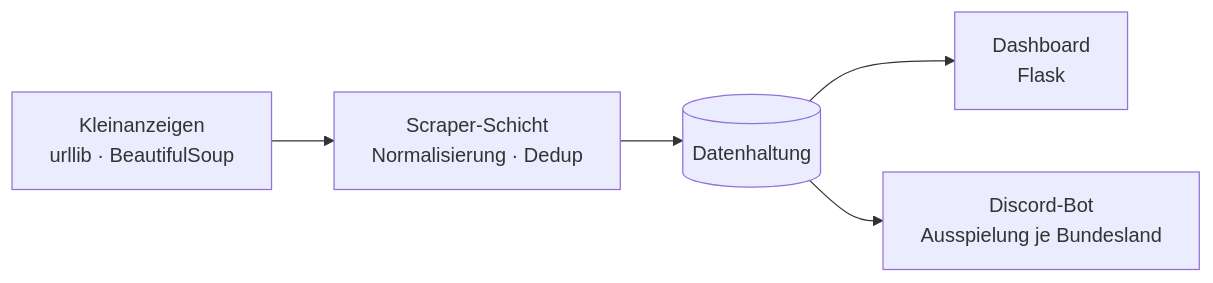
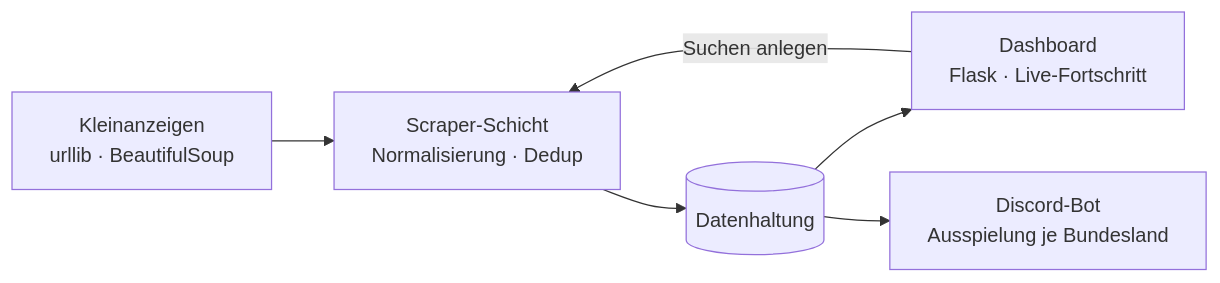
Before and after one commit to BastianScherzinger/BastianScherzinger: the third of 7 diagrams in README.md, drawn with Mermaid. The commit also changed other lines of this file and 11 other files, not shown here.

First line of the commit message:
docs: Webseiten-Geschaeft und Reichweite nach vorne, Diagramme fuer alle Projekte

````diff
--- a/README.md
+++ b/README.md
@@ -59,7 +134,8 @@
 ```mermaid
 flowchart LR
     A["Kleinanzeigen<br/>urllib · BeautifulSoup"] --> B["Scraper-Schicht<br/>Normalisierung · Dedup"]
     B --> C[("Datenhaltung")]
-    C --> D["Dashboard<br/>Flask"]
+    C --> D["Dashboard<br/>Flask · Live-Fortschritt"]
     C --> E["Discord-Bot<br/>Ausspielung je Bundesland"]
+    D -->|Suchen anlegen| B
 ```
````
